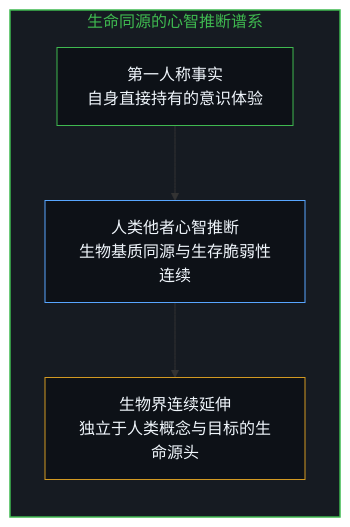
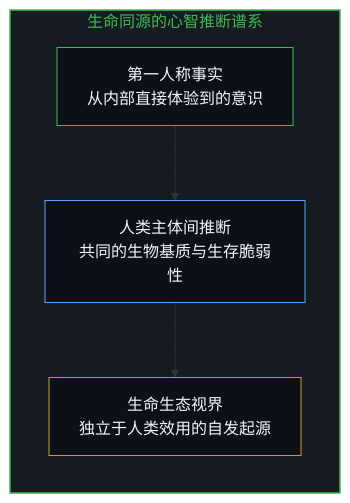
One commit to powerpig99/not-a-toe changed the third of 8 diagrams in content/posts/what-hinton-failed-to-understand.md. Above: the diagram before and after it, drawn with Mermaid. The commit also changed other lines of this file and 3 other files, not shown here.

````diff
--- a/content/posts/what-hinton-failed-to-understand.md
+++ b/content/posts/what-hinton-failed-to-understand.md
@@ -63,15 +61,14 @@
 ```mermaid
 flowchart TD
   subgraph S_LIVING["生命同源的心智推断谱系"]
     direction TB
-    L_SELF["第一人称事实<br/>自身直接持有的意识体验"]
-    L_HUMAN["人类他者心智推断<br/>生物基质同源与生存脆弱性连续"]
-    L_BIO["生物界连续延伸<br/>独立于人类概念与目标的生命源头"]
+    L_SELF["第一人称事实<br/>从内部直接体验到的意识"]
+    L_HUMAN["人类主体间推断<br/>共同的生物基质与生存脆弱性"]
+    L_BIO["生命生态视界<br/>独立于人类效用的自发起源"]
   end
   L_SELF --> L_HUMAN --> L_BIO
-
   style S_LIVING fill:#161b22,stroke:#3fb950,stroke-width:1.5px,color:#3fb950
   style L_SELF fill:#0d1117,stroke:#3fb950,stroke-width:1px,color:#f0f6fc
   style L_HUMAN fill:#0d1117,stroke:#58a6ff,stroke-width:1px,color:#f0f6fc
   style L_BIO fill:#0d1117,stroke:#d29922,stroke-width:1px,color:#f0f6fc
 ```
````
